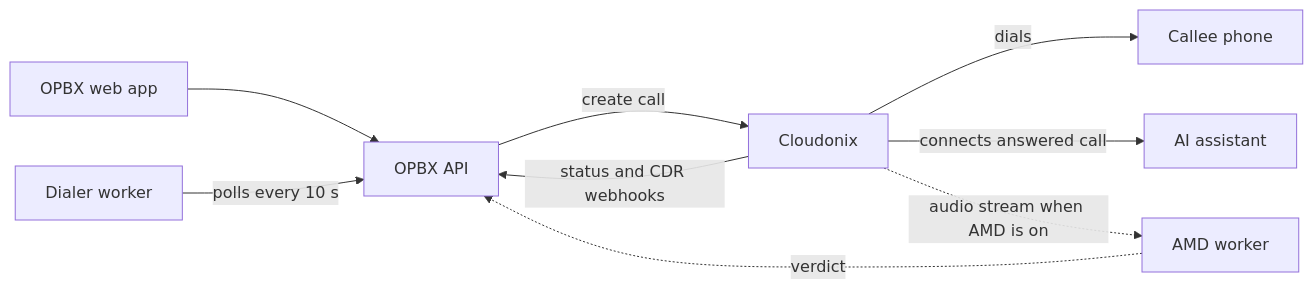
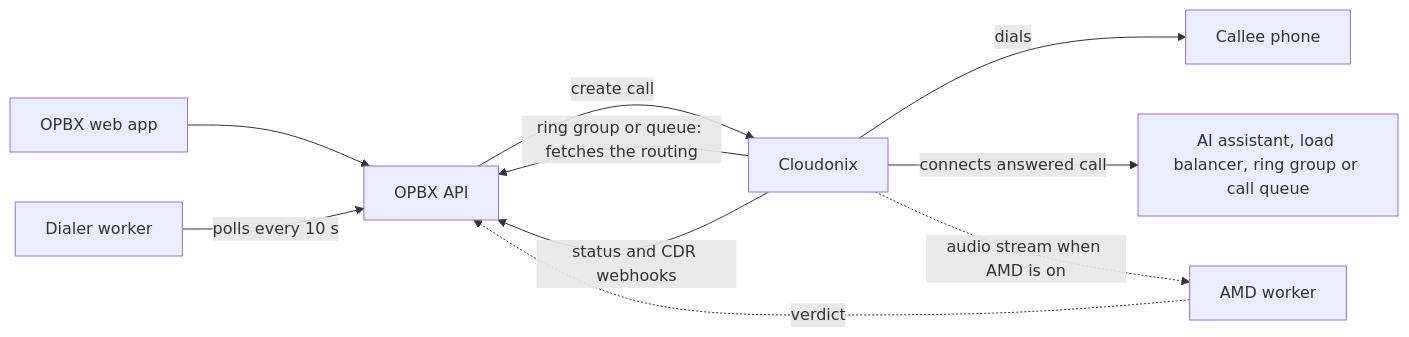
The first of 2 diagrams in docs/opbx-userguide/applications/auto-dialer/index.mdx (greenfieldtech-nirs/opbx), drawn with Mermaid before and after one commit. The commit also changed other lines of this file and 12 other files, not shown here.

First line of the commit message:
docs(applications, workers): campaign destinations, wait for agents, worker diagrams

````diff
--- a/docs/opbx-userguide/applications/auto-dialer/index.mdx
+++ b/docs/opbx-userguide/applications/auto-dialer/index.mdx
@@ -39,11 +40,12 @@
 ```mermaid
 graph LR
     UI[OPBX web app] --> API[OPBX API]
     Worker[Dialer worker] -->|polls every 10 s| API
     API -->|create call| CX[Cloudonix]
     CX -->|dials| Callee[Callee phone]
-    CX -->|connects answered call| AI[AI assistant]
+    CX -->|connects answered call| DEST["AI assistant, load balancer, ring group or call queue"]
+    CX -->|"ring group or queue: fetches the routing"| API
     CX -->|status and CDR webhooks| API
     CX -.->|audio stream when AMD is on| AMD[AMD worker]
     AMD -.->|verdict| API
 ```
````
